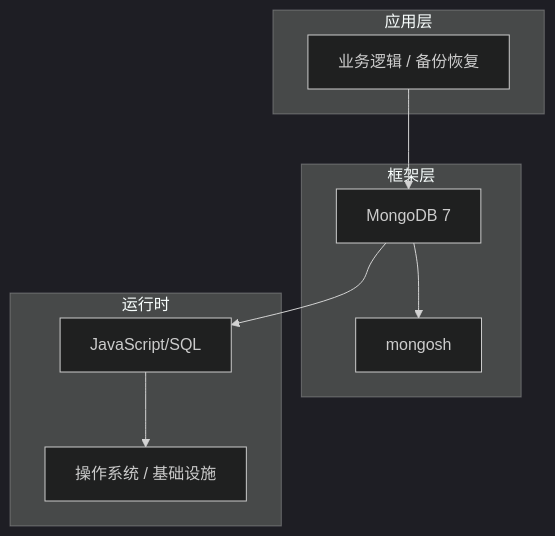
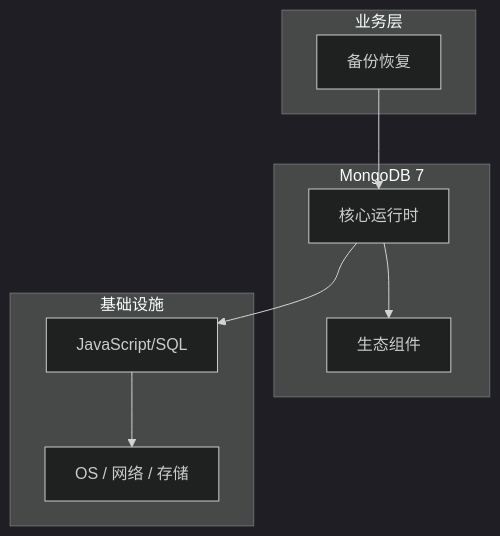
The diagram in articles/MongoDB/chapters/069-备份恢复核心概念与原理.md (yanggan2015/knowledge-json-v2), drawn with Mermaid (dark theme) before and after one commit. The commit also changed other lines of this file and 10127 other files, not shown here.

````diff
--- a/articles/MongoDB/chapters/069-备份恢复核心概念与原理.md
+++ b/articles/MongoDB/chapters/069-备份恢复核心概念与原理.md
@@ -45,18 +34,18 @@
 ```mermaid
 graph TB
-    subgraph 应用层
-        A[业务逻辑 / 备份恢复]
+    subgraph 业务层
+        A[备份恢复]
     end
-    subgraph 框架层
-        B[MongoDB 7]
-        C[mongosh]
+    subgraph MongoDB 7
+        B[核心运行时]
+        C[生态组件]
     end
-    subgraph 运行时
+    subgraph 基础设施
         D[JavaScript/SQL]
-        E[操作系统 / 基础设施]
+        E[OS / 网络 / 存储]
     end
     A --> B
     B --> C
     B --> D
     D --> E
 ```
````
